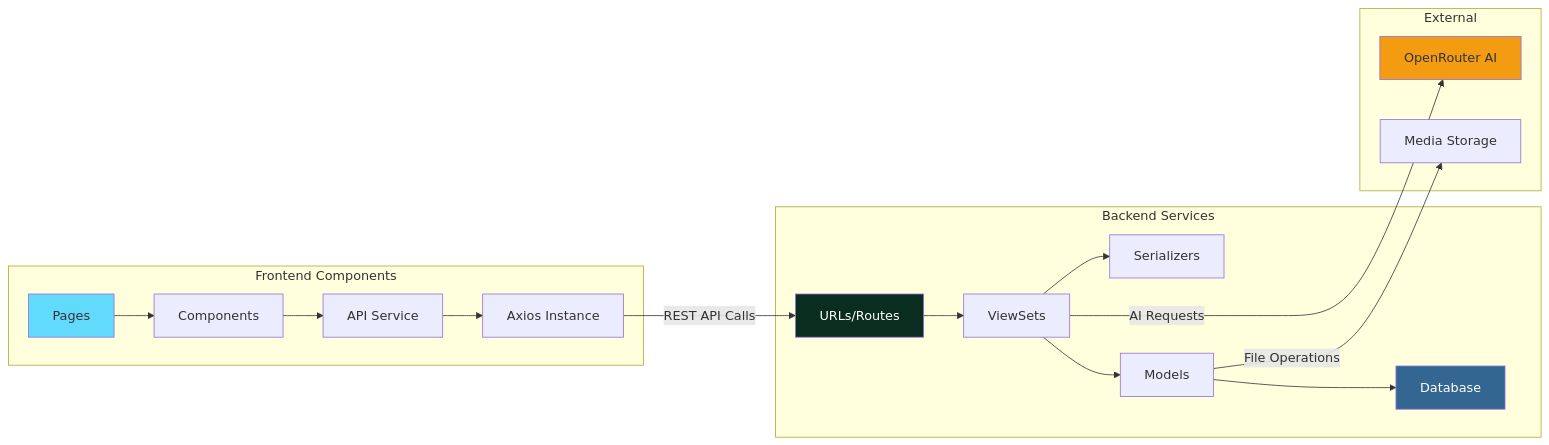
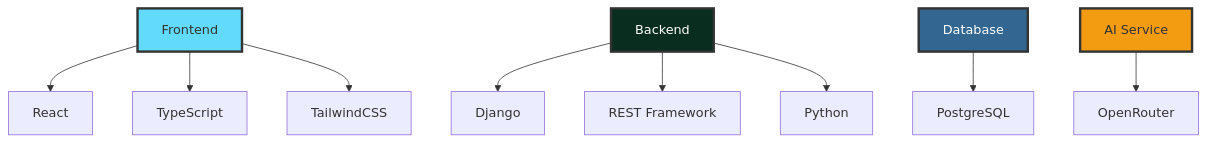
The eighth of 10 diagrams in DIAGRAM.md (Zero123-star/JunoChat), drawn with Mermaid before and after one commit. The commit also changed other lines of this file, not shown here.

First line of the commit message:
Simplify UML diagrams for better readability

````diff
--- a/DIAGRAM.md
+++ b/DIAGRAM.md
@@ -274,29 +213,24 @@
 ```mermaid
-graph LR
-    subgraph "Frontend Components"
-        A[Pages] --> B[Components]
-        B --> C[API Service]
-        C --> D[Axios Instance]
-    end
+graph TB
+    A[Frontend]
+    B[Backend]
+    C[Database]
+    D[AI Service]
     
-    subgraph "Backend Services"
-        E[URLs/Routes] --> F[ViewSets]
-        F --> G[Serializers]
-        F --> H[Models]
-        H --> I[Database]
-    end
+    A --> A1[React]
+    A --> A2[TypeScript]
+    A --> A3[TailwindCSS]
     
-    subgraph "External"
-        J[OpenRouter AI]
-        K[Media Storage]
-    end
+    B --> B1[Django]
+    B --> B2[REST Framework]
+    B --> B3[Python]
     
-    D -->|REST API Calls| E
-    F -->|AI Requests| J
-    H -->|File Operations| K
+    C --> C1[PostgreSQL]
     
-    style A fill:#61dafb
-    style E fill:#092e20,color:#fff
-    style I fill:#336791,color:#fff
-    style J fill:#f39c12
+    D --> D1[OpenRouter]
+    
+    style A fill:#61dafb,stroke:#333,stroke-width:3px
+    style B fill:#092e20,stroke:#333,stroke-width:3px,color:#fff
+    style C fill:#336791,stroke:#333,stroke-width:3px,color:#fff
+    style D fill:#f39c12,stroke:#333,stroke-width:3px
 ```
````
